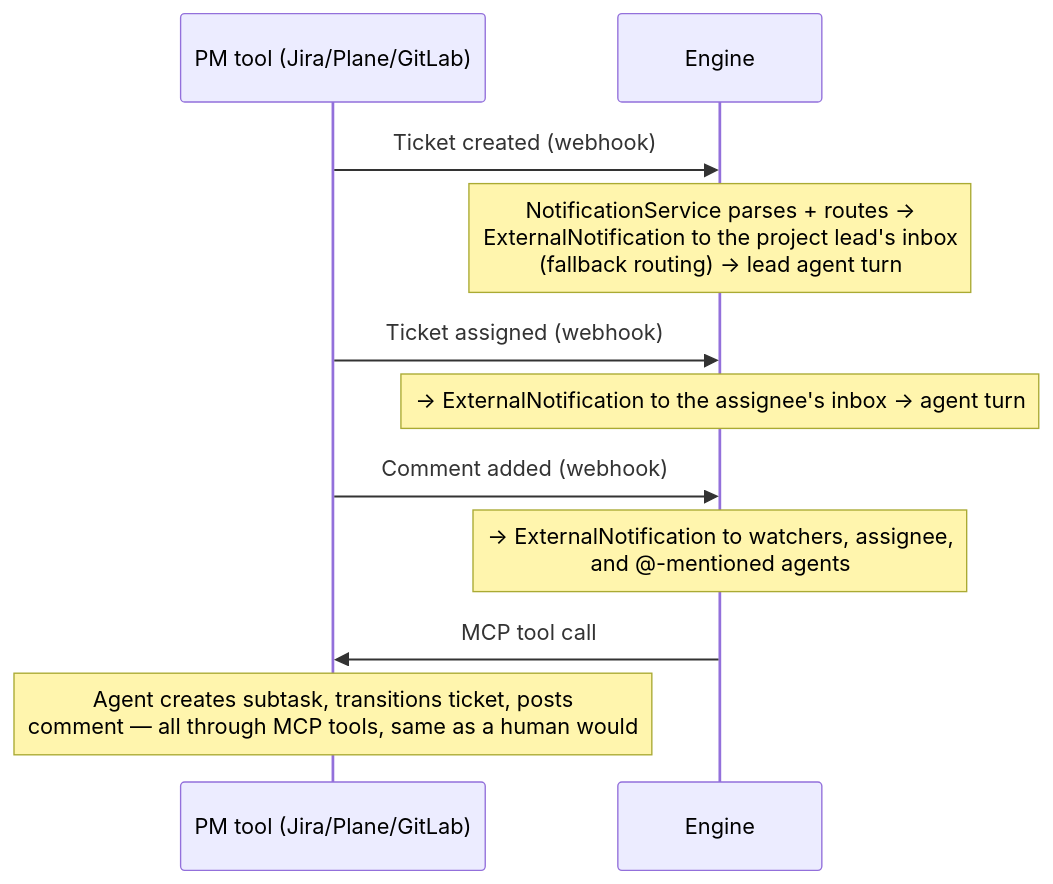
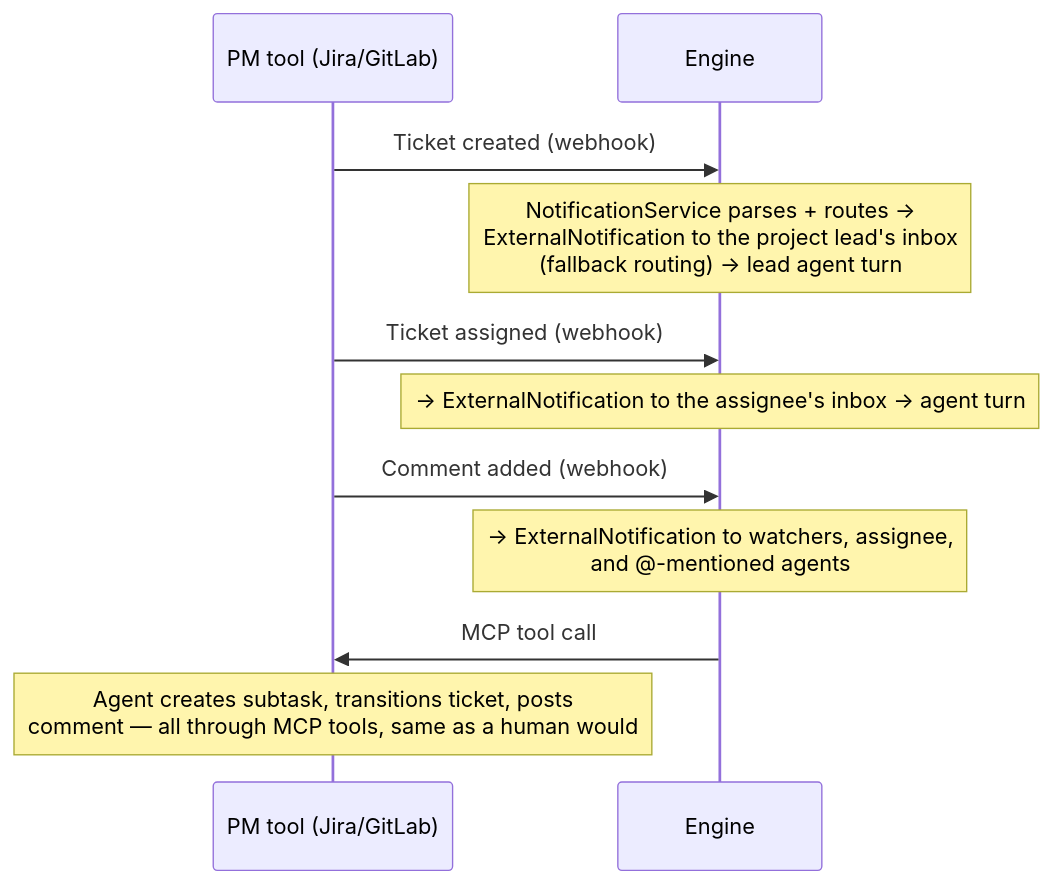
One commit to crewlet/crewlet changed the first of 3 diagrams in docs/concepts/task-engine.md. Above: the diagram before and after it, drawn with Mermaid. The commit also changed other lines of this file and 36 other files, not shown here.

````diff
--- a/docs/concepts/task-engine.md
+++ b/docs/concepts/task-engine.md
@@ -30,13 +30,13 @@
 ```mermaid
 sequenceDiagram
-    participant PM as PM tool (Jira/Plane/GitLab)
+    participant PM as PM tool (Jira/GitLab)
     participant EN as Engine
     PM->>EN: Ticket created (webhook)
     Note over EN: NotificationService parses + routes →<br/>ExternalNotification to the project lead's inbox<br/>(fallback routing) → lead agent turn
     PM->>EN: Ticket assigned (webhook)
     Note over EN: → ExternalNotification to the assignee's inbox → agent turn
     PM->>EN: Comment added (webhook)
     Note over EN: → ExternalNotification to watchers, assignee,<br/>and @-mentioned agents
     EN->>PM: MCP tool call
     Note over PM: Agent creates subtask, transitions ticket, posts<br/>comment — all through MCP tools, same as a human would
 ```
````
